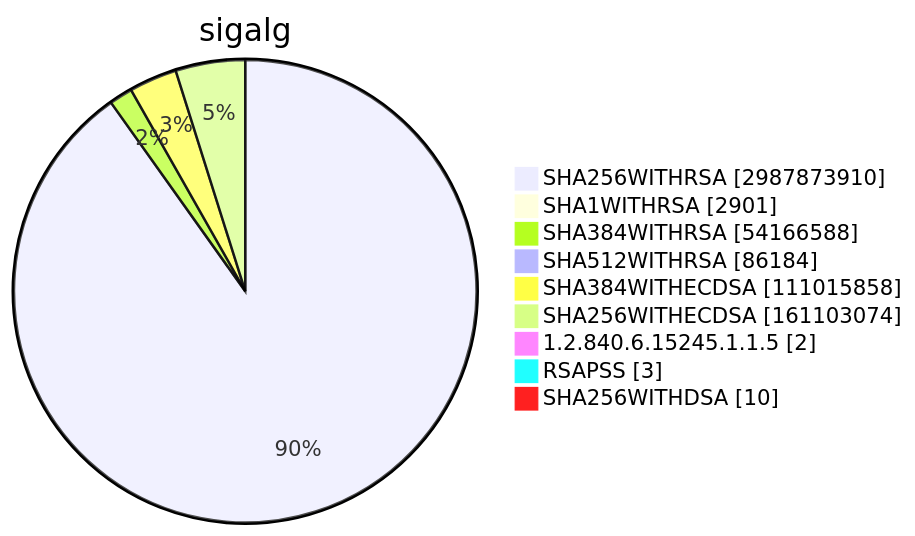
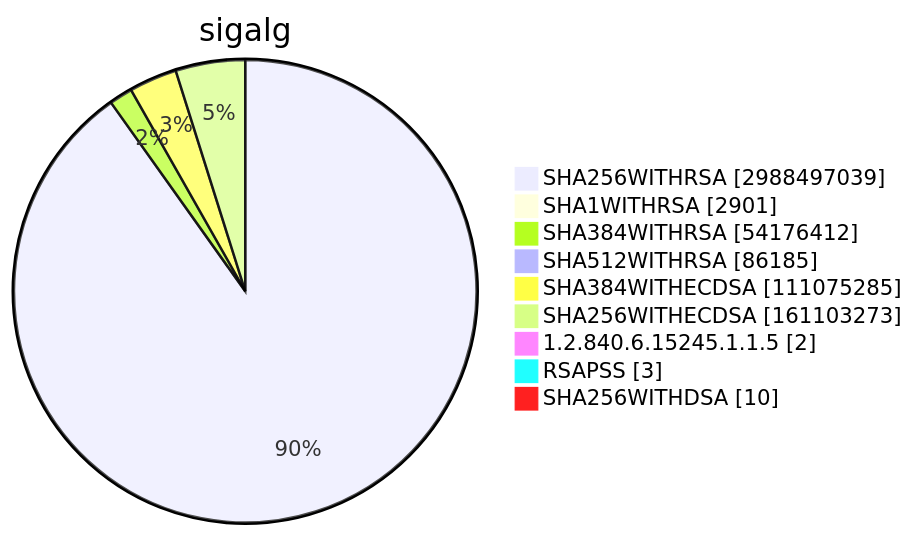
Diagram 15 of 15 in TOTAL/README.md (christiankrug/ctmonitor_visualization), drawn with Mermaid before and after one commit. The commit also changed other lines of this file, not shown here.

````diff
--- a/TOTAL/README.md
+++ b/TOTAL/README.md
@@ -6208,13 +6208,13 @@
 ```mermaid
 pie showData
 title sigalg
-"SHA256WITHRSA" :2987873910
+"SHA256WITHRSA" :2988497039
 "SHA1WITHRSA" :2901
-"SHA384WITHRSA" :54166588
-"SHA512WITHRSA" :86184
-"SHA384WITHECDSA" :111015858
-"SHA256WITHECDSA" :161103074
+"SHA384WITHRSA" :54176412
+"SHA512WITHRSA" :86185
+"SHA384WITHECDSA" :111075285
+"SHA256WITHECDSA" :161103273
 "1.2.840.6.15245.1.1.5" :2
 "RSAPSS" :3
 "SHA256WITHDSA" :10
 ```
````
